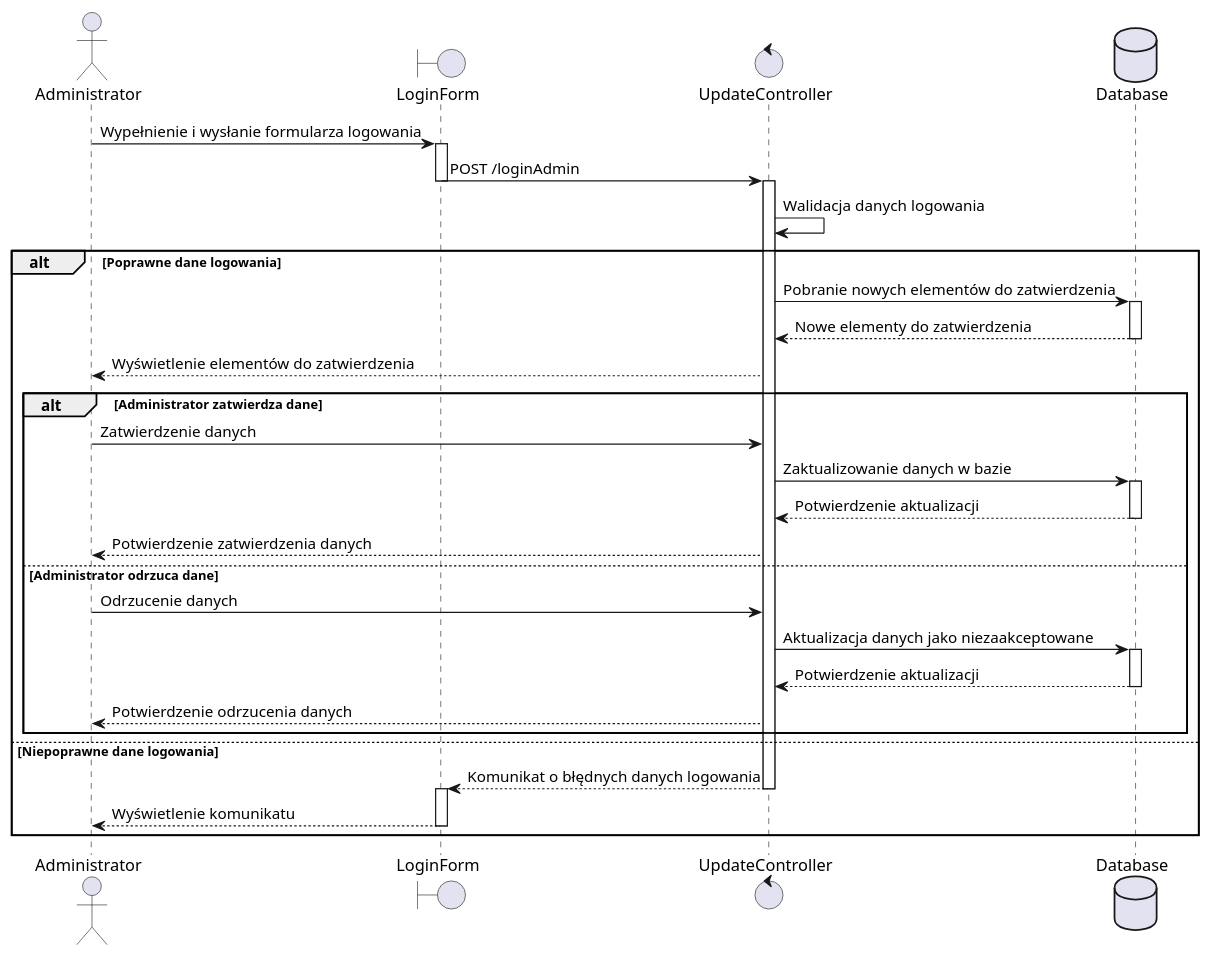
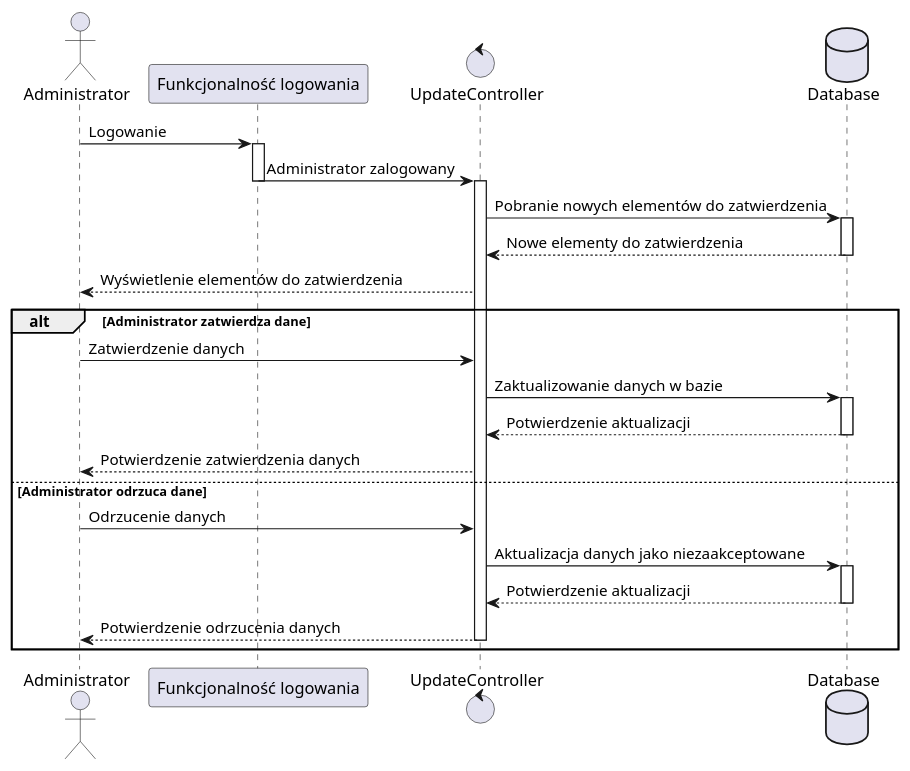
One commit to Tkapcer/SystemSprzedazyBiletow changed the diagram in Diagramy/Sekwencji/Administrator.puml. Above: the diagram before and after it, drawn with PlantUML.

Commit message:
Poprawki diagramu sekwencji Administratora

```diff
--- a/Diagramy/Sekwencji/Administrator.puml
+++ b/Diagramy/Sekwencji/Administrator.puml
@@ -1,44 +1,36 @@
 @startuml
 actor Administrator
-boundary LoginForm   /'Formularz logowania administratora'/
+participant "Funkcjonalność logowania" as Logowanie
 control UpdateController  /'Kontroler odpowiedzialny za zarządzanie aktualizacjami'/
 database Database
 
-Administrator -> LoginForm: Wypełnienie i wysłanie formularza logowania
-activate LoginForm
-LoginForm -> UpdateController: POST /loginAdmin
-deactivate LoginForm
+Administrator -> Logowanie: Logowanie
+activate Logowanie
+Logowanie -> UpdateController: Administrator zalogowany
+deactivate Logowanie
 activate UpdateController
-UpdateController -> UpdateController: Walidacja danych logowania
 
-alt Poprawne dane logowania
     UpdateController -> Database: Pobranie nowych elementów do zatwierdzenia
     activate Database
     Database --> UpdateController: Nowe elementy do zatwierdzenia
     deactivate Database
     UpdateController --> Administrator: Wyświetlenie elementów do zatwierdzenia
 
     alt Administrator zatwierdza dane
         Administrator -> UpdateController: Zatwierdzenie danych
         UpdateController -> Database: Zaktualizowanie danych w bazie
         activate Database
         Database --> UpdateController: Potwierdzenie aktualizacji
         deactivate Database
         UpdateController --> Administrator: Potwierdzenie zatwierdzenia danych
     else Administrator odrzuca dane
         Administrator -> UpdateController: Odrzucenie danych
         UpdateController -> Database: Aktualizacja danych jako niezaakceptowane
         activate Database
         Database --> UpdateController: Potwierdzenie aktualizacji
         deactivate Database
         UpdateController --> Administrator: Potwierdzenie odrzucenia danych
+        deactivate UpdateController
     end
 
-else Niepoprawne dane logowania
-    UpdateController --> LoginForm: Komunikat o błędnych danych logowania
-    deactivate UpdateController
-    activate LoginForm
-    LoginForm --> Administrator: Wyświetlenie komunikatu
-    deactivate LoginForm
-end
 @enduml
```
